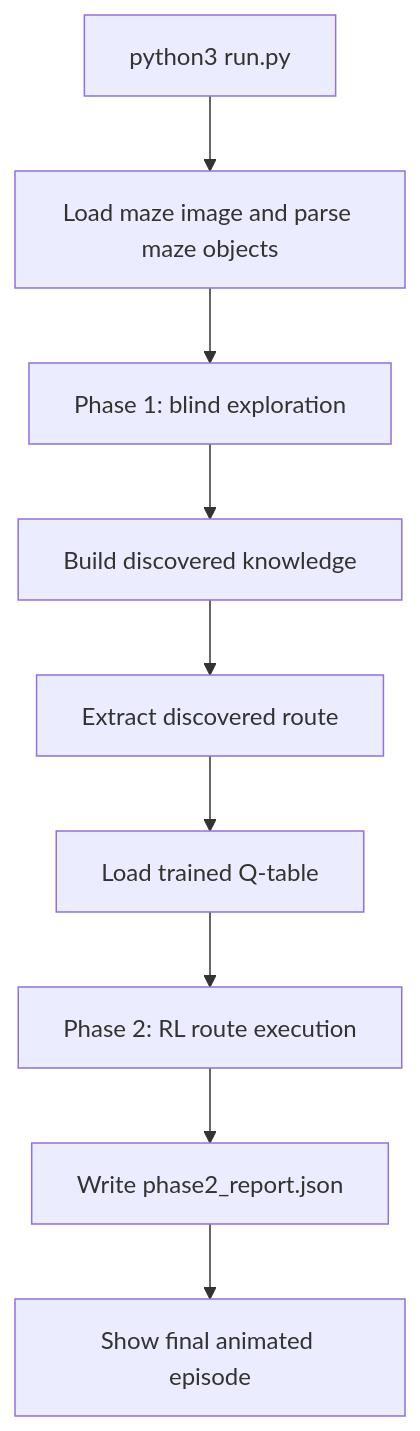
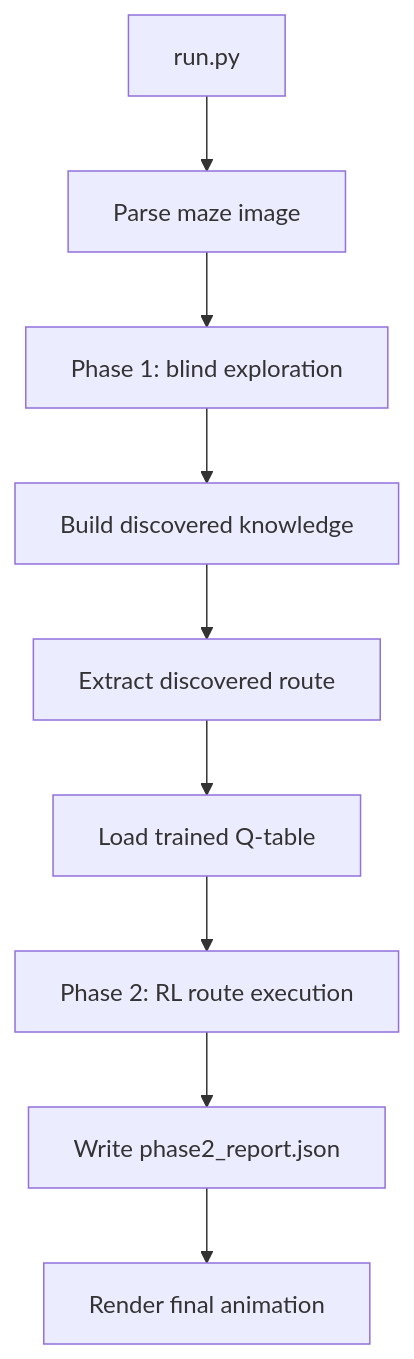
Before and after one commit to Amuo007/MazeBot: the first of 3 diagrams in README.md, drawn with Mermaid. The commit also changed other lines of this file, not shown here.

````diff
--- a/README.md
+++ b/README.md
@@ -66,11 +63,11 @@
 ```mermaid
 flowchart TD
-    A["python3 run.py"] --> B["Load maze image and parse maze objects"]
+    A["run.py"] --> B["Parse maze image"]
     B --> C["Phase 1: blind exploration"]
     C --> D["Build discovered knowledge"]
     D --> E["Extract discovered route"]
     E --> F["Load trained Q-table"]
     F --> G["Phase 2: RL route execution"]
     G --> H["Write phase2_report.json"]
-    H --> I["Show final animated episode"]
+    H --> I["Render final animation"]
 ```
````
